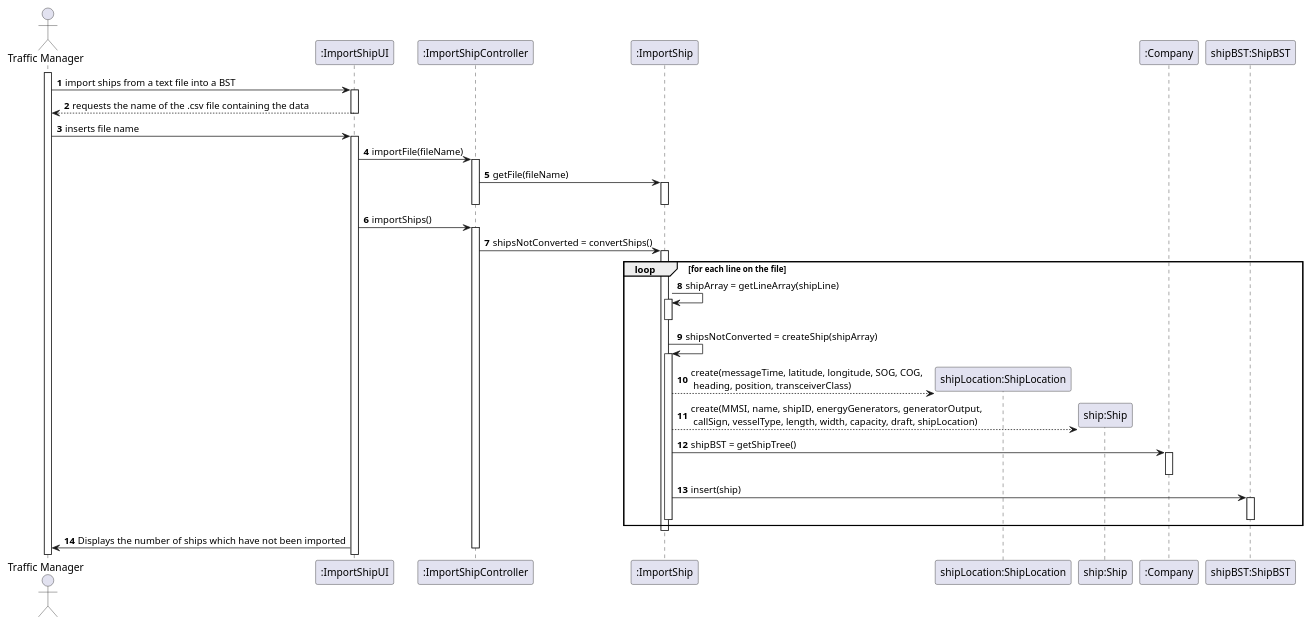
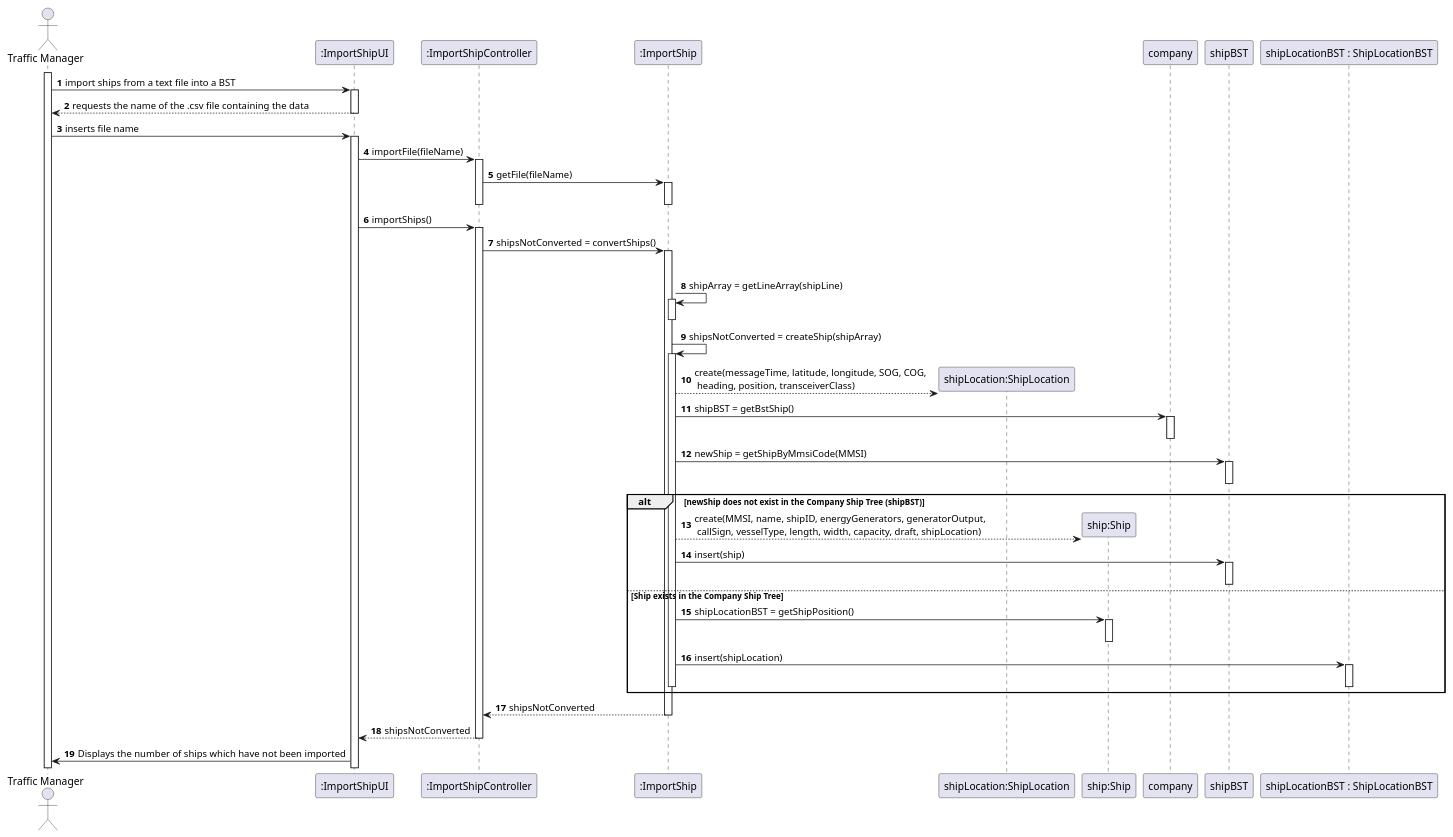
One commit to 0franciscor/lapr3-2021-g042 changed the diagram in docs/US101/US101_SD.puml. Above: the diagram before and after it, drawn with PlantUML. The commit also changed 3 other files, not shown here.

Commit message:
G42-76 #close Domain Model concluded. Sequence diagram updated.

```diff
--- a/docs/US101/US101_SD.puml
+++ b/docs/US101/US101_SD.puml
@@ -1,90 +1,110 @@
 @startuml
 
 autonumber
 actor "Traffic Manager" as manager
 
 participant ":ImportShipUI" as ui
 participant ":ImportShipController" as controller
 participant ":ImportShip" as importShip
 participant "shipLocation:ShipLocation" as shipLocation
 participant "ship:Ship" as ship
 
 
 activate manager
 manager -> ui : import ships from a text file into a BST
 
 
 activate ui
 ui --> manager : requests the name of the .csv file containing the data
 
 
 deactivate ui
 
 
 manager -> ui : inserts file name
 
 
 activate ui
 
 
 ui -> controller : importFile(fileName)
 activate controller
 
 
 controller -> importShip : getFile(fileName)
 activate importShip
 
 
 deactivate importShip
 deactivate controller
 
 
 ui -> controller : importShips()
 activate controller
 
 
 controller -> importShip : shipsNotConverted = convertShips()
 activate importShip
 
 
 loop for each line on the file
 
 
 importShip -> importShip ++: shipArray = getLineArray(shipLine)
 deactivate importShip
 
 
 importShip -> importShip ++: shipsNotConverted = createShip(shipArray)
 
 
 create shipLocation
 importShip --> shipLocation: create(messageTime, latitude, longitude, SOG, COG,\n heading, position, transceiverClass)
 
+importShip -> company : shipBST = getBstShip()
+activate company
+deactivate company
+
+importShip -> shipBST : newShip = getShipByMmsiCode(MMSI)
+activate shipBST
+deactivate shipBST
+
+alt newShip does not exist in the Company Ship Tree (shipBST)
 
 create ship
 importShip --> ship: create(MMSI, name, shipID, energyGenerators, generatorOutput,\n callSign, vesselType, length, width, capacity, draft, shipLocation)
 
 
 participant ":Company" as company
 participant "shipBST:ShipBST" as shipBST
 
 
-importShip -> company : shipBST = getShipTree()
-activate company
-deactivate company
-
-
 importShip -> shipBST : insert(ship)
 activate shipBST
 deactivate shipBST
 
+else Ship exists in the Company Ship Tree
+
+participant "shipLocationBST : ShipLocationBST" as shipLocationBST
+
+importShip -> ship : shipLocationBST = getShipPosition()
+activate ship
+deactivate ship
+
+importShip -> shipLocationBST : insert(shipLocation)
+activate shipLocationBST
+deactivate shipLocationBST
 
 deactivate importShip
 end
+
+
+importShip --> controller : shipsNotConverted
 deactivate importShip
 
+controller --> ui : shipsNotConverted
+deactivate controller
 
 ui -> manager : Displays the number of ships which have not been imported
-deactivate controller
+
 
 @enduml
```
